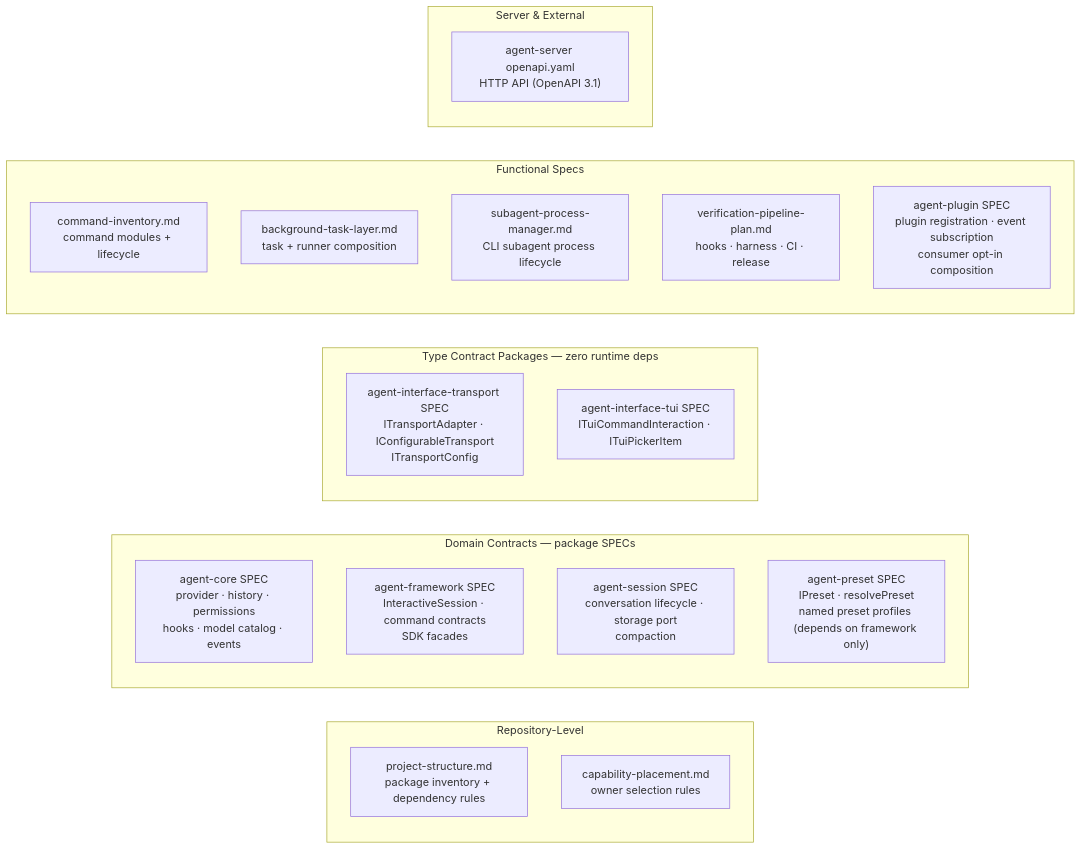
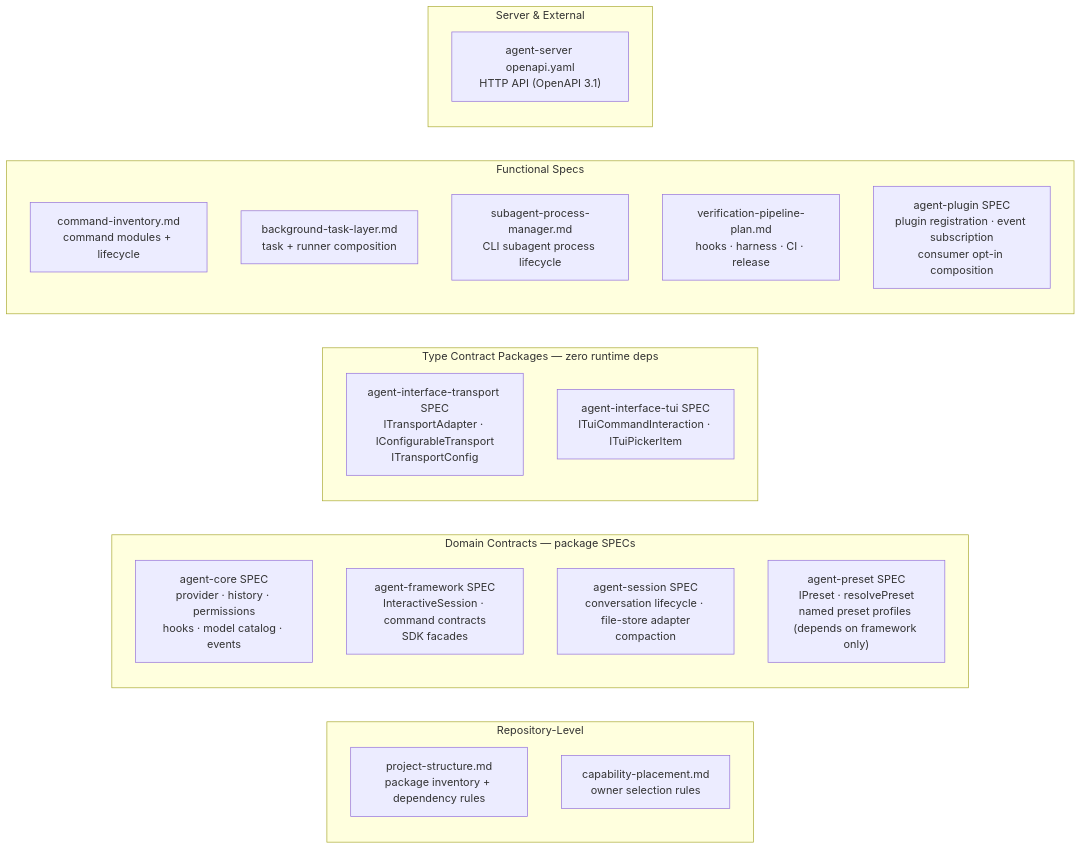
The diagram in .agents/specs/architecture-map/cross-cutting-contracts.md (woojubb/robota), drawn with Mermaid before and after one commit. The commit also changed other lines of this file and 23 other files, not shown here.

````diff
--- a/.agents/specs/architecture-map/cross-cutting-contracts.md
+++ b/.agents/specs/architecture-map/cross-cutting-contracts.md
@@ -13,27 +13,27 @@
 ```mermaid
 graph LR
   subgraph Repo["Repository-Level"]
     PS["project-structure.md\npackage inventory + dependency rules"]
     CP["capability-placement.md\nowner selection rules"]
   end
   subgraph Domain["Domain Contracts — package SPECs"]
     CS["agent-core SPEC\nprovider · history · permissions\nhooks · model catalog · events"]
     FS["agent-framework SPEC\nInteractiveSession · command contracts\nSDK facades"]
-    SS["agent-session SPEC\nconversation lifecycle · storage port\ncompaction"]
+    SS["agent-session SPEC\nconversation lifecycle · file-store adapter\ncompaction"]
     PR["agent-preset SPEC\nIPreset · resolvePreset\nnamed preset profiles (depends on framework only)"]
   end
   subgraph TypeContracts["Type Contract Packages — zero runtime deps"]
     IT["agent-interface-transport SPEC\nITransportAdapter · IConfigurableTransport\nITransportConfig"]
     IU["agent-interface-tui SPEC\nITuiCommandInteraction · ITuiPickerItem"]
   end
   subgraph Functional["Functional Specs"]
     CI["command-inventory.md\ncommand modules + lifecycle"]
     BT["background-task-layer.md\ntask + runner composition"]
     SP["subagent-process-manager.md\nCLI subagent process lifecycle"]
     VP["verification-pipeline-plan.md\nhooks · harness · CI · release"]
     PL["agent-plugin SPEC\nplugin registration · event subscription\nconsumer opt-in composition"]
   end
   subgraph Server["Server & External"]
     OA["agent-server openapi.yaml\nHTTP API (OpenAPI 3.1)"]
   end
 ```
````
